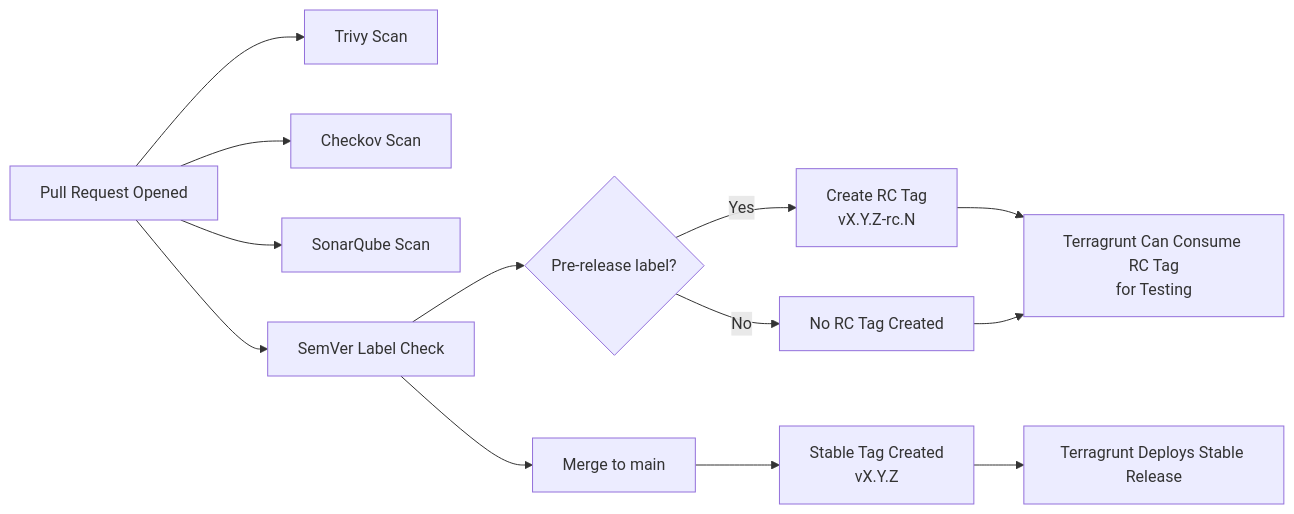
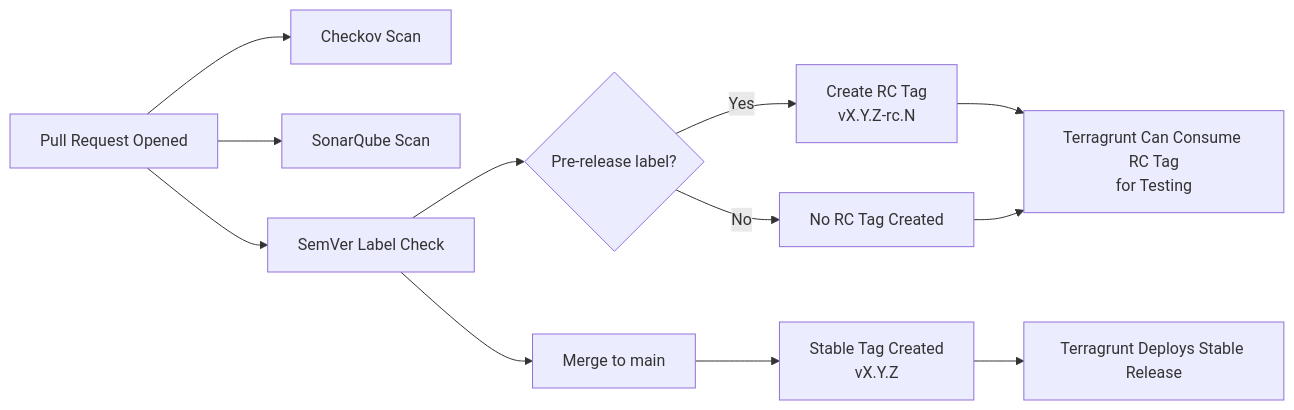
The diagram in README.md (UKHomeOffice/core-cloud-github-enterprise-terraform), drawn with Mermaid before and after one commit. The commit also changed other lines of this file and 2 other files, not shown here.

Commit message:
removing Trivy Scan from workflow and updated README

````diff
--- a/README.md
+++ b/README.md
@@ -114,20 +113,19 @@
 ```mermaid
 graph LR
-  A[Pull Request Opened] --> B[Trivy Scan]
-  A --> C[Checkov Scan]
+  A[Pull Request Opened] --> C[Checkov Scan]
   A --> D[SonarQube Scan]
   A --> E[SemVer Label Check]
 
   E --> F{Pre-release label?}
 
   F -- Yes --> G[Create RC Tag<br/>vX.Y.Z-rc.N]
   F -- No --> H[No RC Tag Created]
 
   G --> I[Terragrunt Can Consume RC Tag<br/>for Testing]
   H --> I
 
   E --> J[Merge to main]
   J --> K[Stable Tag Created<br/>vX.Y.Z]
   K --> L[Terragrunt Deploys Stable Release]
 
 ```
````
